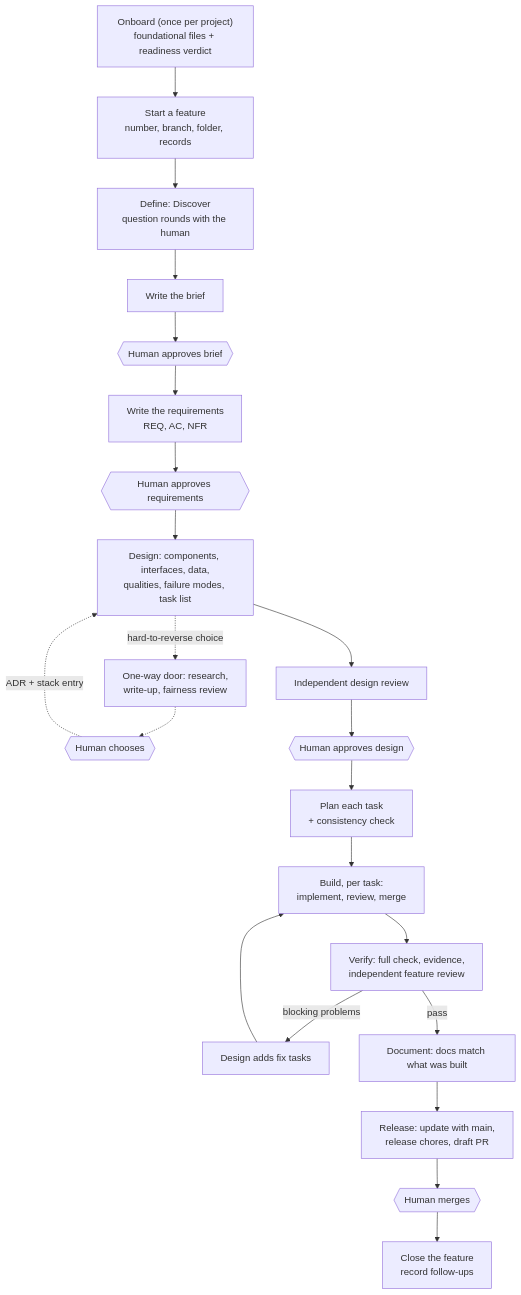
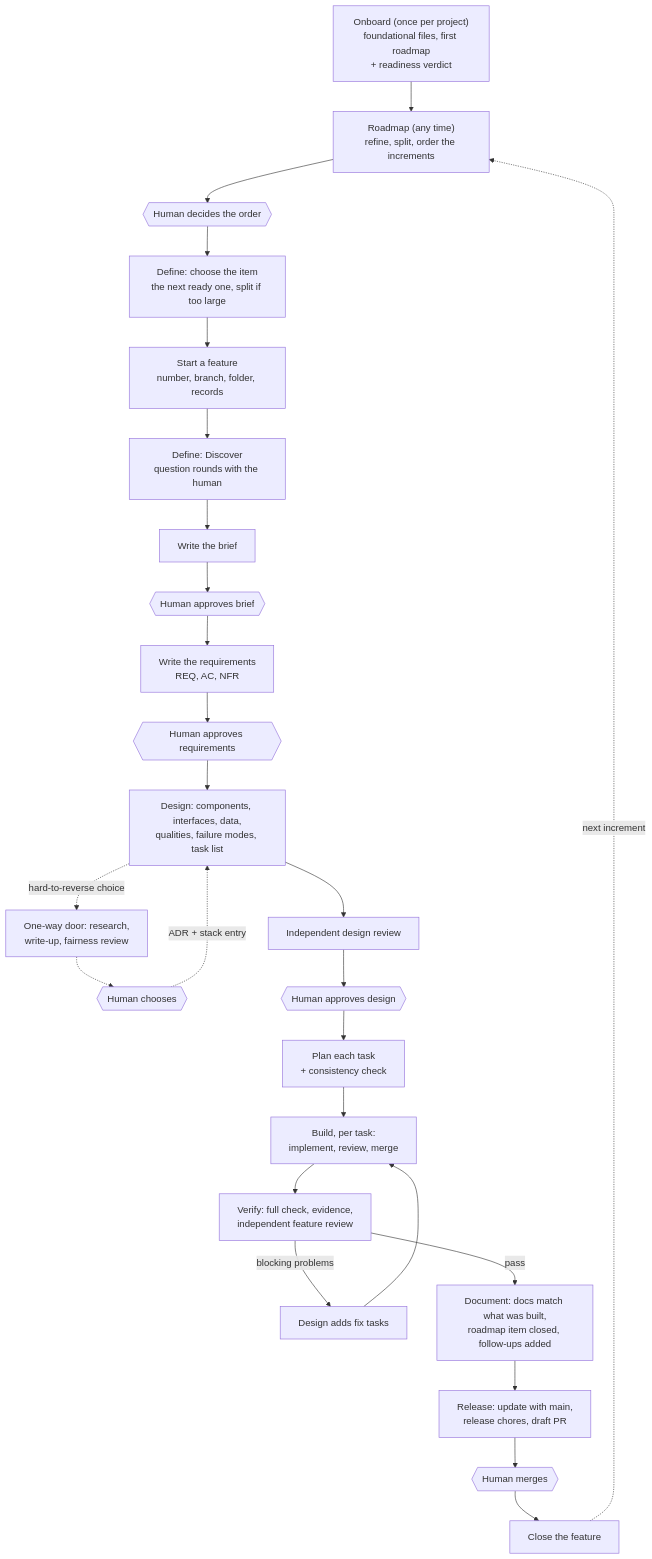
Before and after one commit to daniel-torresc/sdd-kit: the diagram in README.md, drawn with Mermaid. The commit also changed other lines of this file and 13 other files, not shown here.

First line of the commit message:
roadmap: add the roadmap as a seventh foundational file, and the sdd-roadmap skill

````diff
--- a/README.md
+++ b/README.md
@@ -166,24 +166,28 @@
 ```mermaid
 flowchart TD
-    ON["Onboard (once per project)<br/>foundational files + readiness verdict"] --> START["Start a feature<br/>number, branch, folder, records"]
+    ON["Onboard (once per project)<br/>foundational files, first roadmap<br/>+ readiness verdict"] --> RM["Roadmap (any time)<br/>refine, split, order the increments"]
+    RM --> G0{{"Human decides the order"}}
+    G0 --> PICK["Define: choose the item<br/>the next ready one, split if too large"]
+    PICK --> START["Start a feature<br/>number, branch, folder, records"]
     START --> DISC["Define: Discover<br/>question rounds with the human"]
     DISC --> BRIEF["Write the brief"]
     BRIEF --> G1{{"Human approves brief"}}
     G1 --> REQ["Write the requirements<br/>REQ, AC, NFR"]
     REQ --> G2{{"Human approves requirements"}}
     G2 --> DES["Design: components, interfaces, data,<br/>qualities, failure modes, task list"]
     DES -. "hard-to-reverse choice" .-> OWD["One-way door: research,<br/>write-up, fairness review"]
     OWD -.-> G3{{"Human chooses"}}
     G3 -. "ADR + stack entry" .-> DES
     DES --> DREV["Independent design review"]
     DREV --> G4{{"Human approves design"}}
     G4 --> PLAN["Plan each task<br/>+ consistency check"]
     PLAN --> BUILD["Build, per task:<br/>implement, review, merge"]
     BUILD --> VER["Verify: full check, evidence,<br/>independent feature review"]
     VER -- "blocking problems" --> FIX["Design adds fix tasks"]
     FIX --> BUILD
-    VER -- "pass" --> DOC["Document: docs match what was built"]
+    VER -- "pass" --> DOC["Document: docs match what was built,<br/>roadmap item closed, follow-ups added"]
     DOC --> REL["Release: update with main,<br/>release chores, draft PR"]
     REL --> G5{{"Human merges"}}
-    G5 --> CLOSE["Close the feature<br/>record follow-ups"]
+    G5 --> CLOSE["Close the feature"]
+    CLOSE -. "next increment" .-> RM
 ```
````
